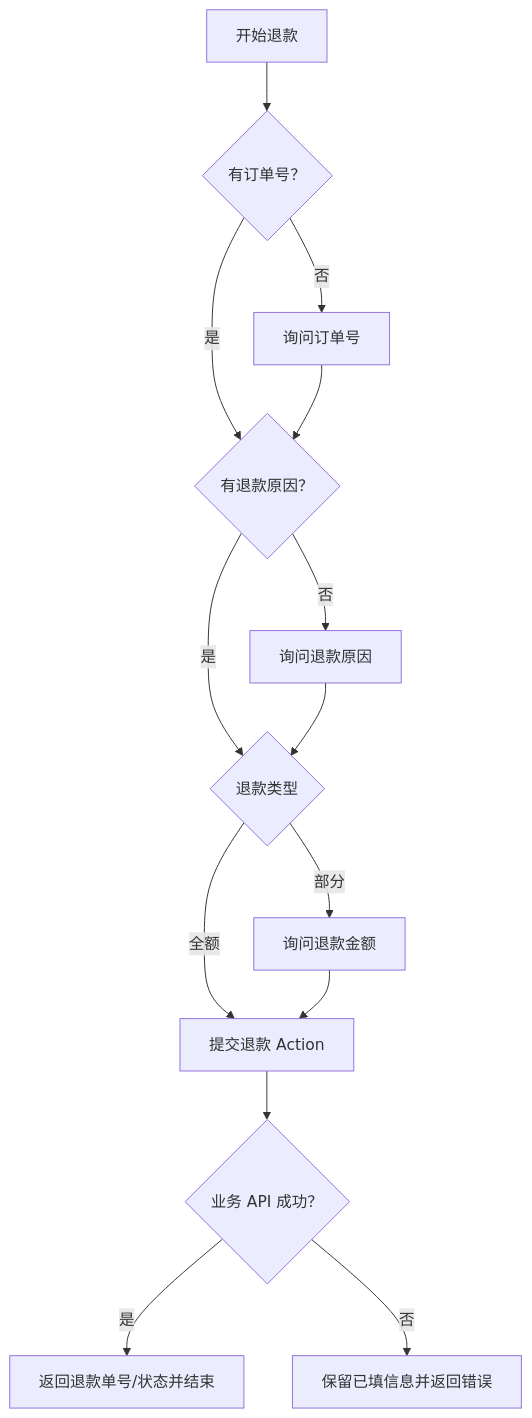
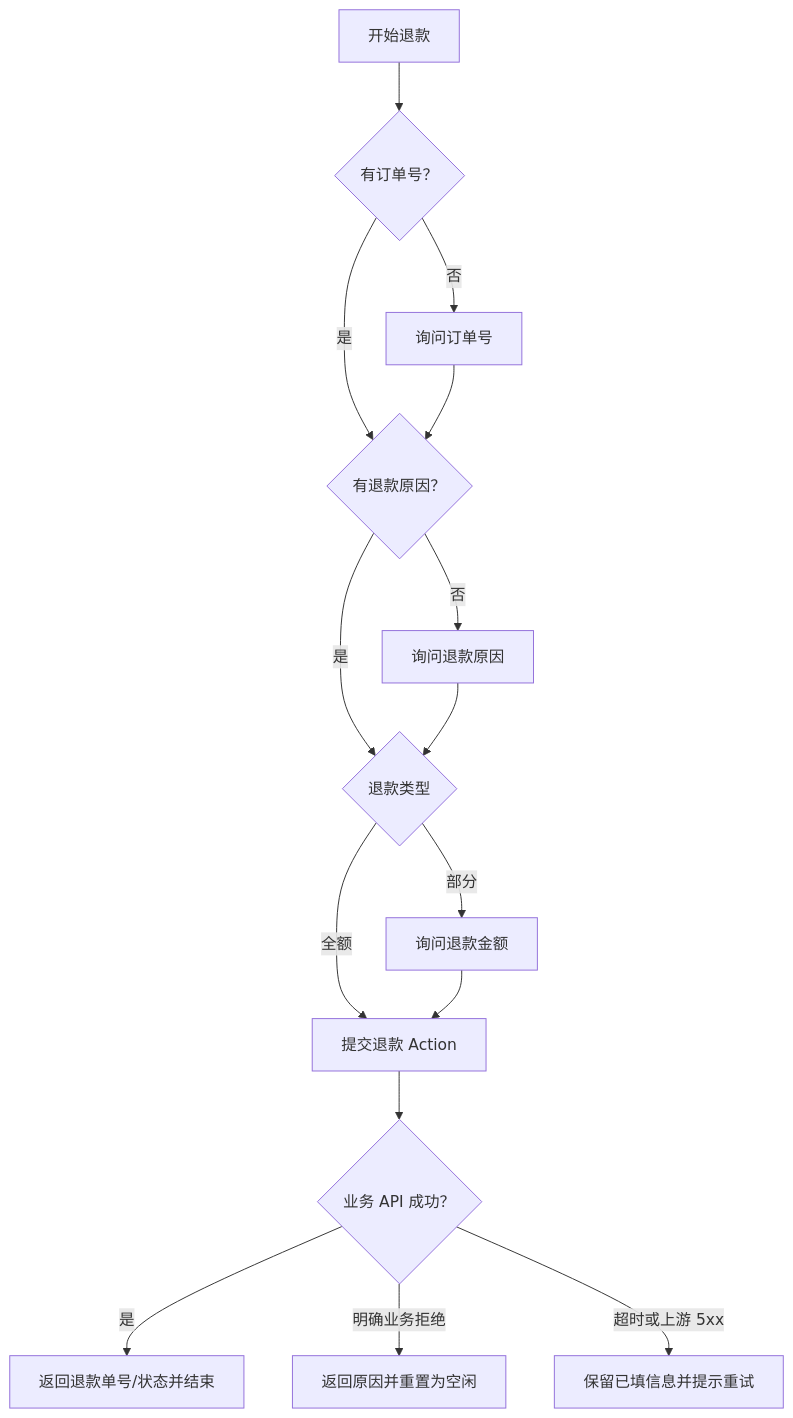
One commit to lrj021029/audio-book changed the third of 3 diagrams in docs/ARCHITECTURE.md. Above: the diagram before and after it, drawn with Mermaid. The commit also changed other lines of this file and 16 other files, not shown here.

````diff
--- a/docs/ARCHITECTURE.md
+++ b/docs/ARCHITECTURE.md
@@ -82,16 +82,17 @@
 ```mermaid
 flowchart TD
   S[开始退款] --> O{有订单号？}
   O -- 否 --> OQ[询问订单号]
   O -- 是 --> R{有退款原因？}
   OQ --> R
   R -- 否 --> RQ[询问退款原因]
   R -- 是 --> T{退款类型}
   RQ --> T
   T -- 全额 --> A[提交退款 Action]
   T -- 部分 --> AM[询问退款金额]
   AM --> A
   A --> V{业务 API 成功？}
   V -- 是 --> DONE[返回退款单号/状态并结束]
-  V -- 否 --> KEEP[保留已填信息并返回错误]
+  V -- 明确业务拒绝 --> RESET[返回原因并重置为空闲]
+  V -- 超时或上游 5xx --> KEEP[保留已填信息并提示重试]
 ```
````
